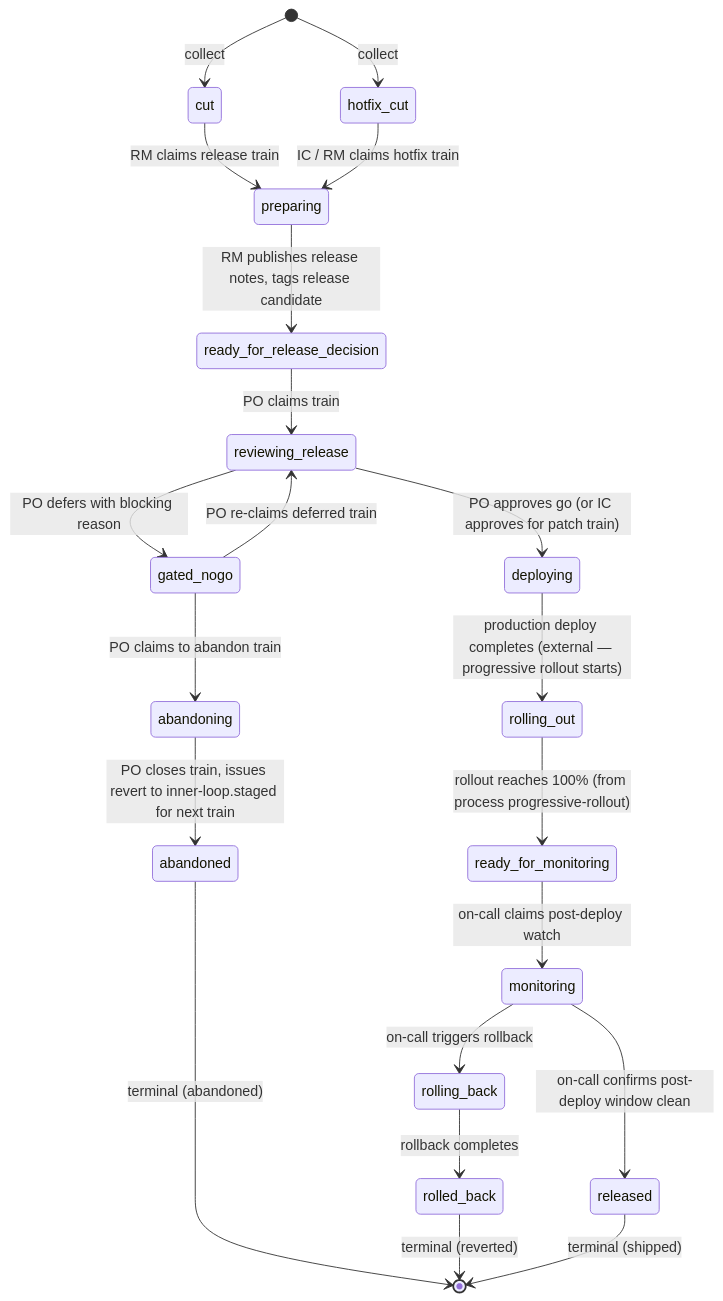
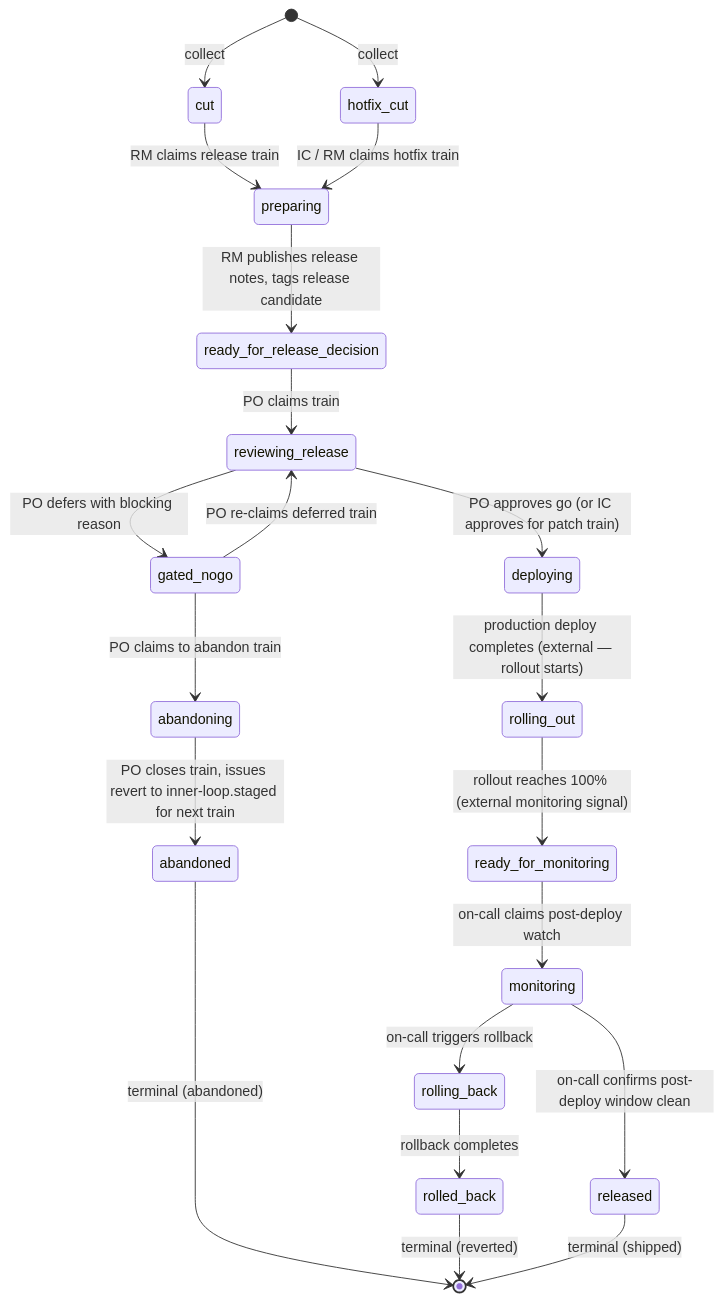
The diagram in examples/workflows/release-states.mermaid (blemees/blemees-workflow), drawn with Mermaid before and after one commit. The commit also changed 53 other files, not shown here.

```diff
--- a/examples/workflows/release-states.mermaid
+++ b/examples/workflows/release-states.mermaid
@@ -1,22 +1,22 @@
 stateDiagram-v2
     direction TB
     cut --> preparing: RM claims release train
     hotfix_cut --> preparing: IC / RM claims hotfix train
     preparing --> ready_for_release_decision: RM publishes release notes, tags release candidate
     ready_for_release_decision --> reviewing_release: PO claims train
     reviewing_release --> gated_nogo: PO defers with blocking reason
     reviewing_release --> deploying: PO approves go (or IC approves for patch train)
     gated_nogo --> reviewing_release: PO re-claims deferred train
     gated_nogo --> abandoning: PO claims to abandon train
     abandoning --> abandoned: PO closes train, issues revert to inner-loop.staged for next train
-    deploying --> rolling_out: production deploy completes (external — progressive rollout starts)
-    rolling_out --> ready_for_monitoring: rollout reaches 100% (from process progressive-rollout)
+    deploying --> rolling_out: production deploy completes (external — rollout starts)
+    rolling_out --> ready_for_monitoring: rollout reaches 100% (external monitoring signal)
     ready_for_monitoring --> monitoring: on-call claims post-deploy watch
     monitoring --> released: on-call confirms post-deploy window clean
     monitoring --> rolling_back: on-call triggers rollback
     rolling_back --> rolled_back: rollback completes
     abandoned --> [*]: terminal (abandoned)
     rolled_back --> [*]: terminal (reverted)
     released --> [*]: terminal (shipped)
     [*] --> cut: collect
     [*] --> hotfix_cut: collect
```
